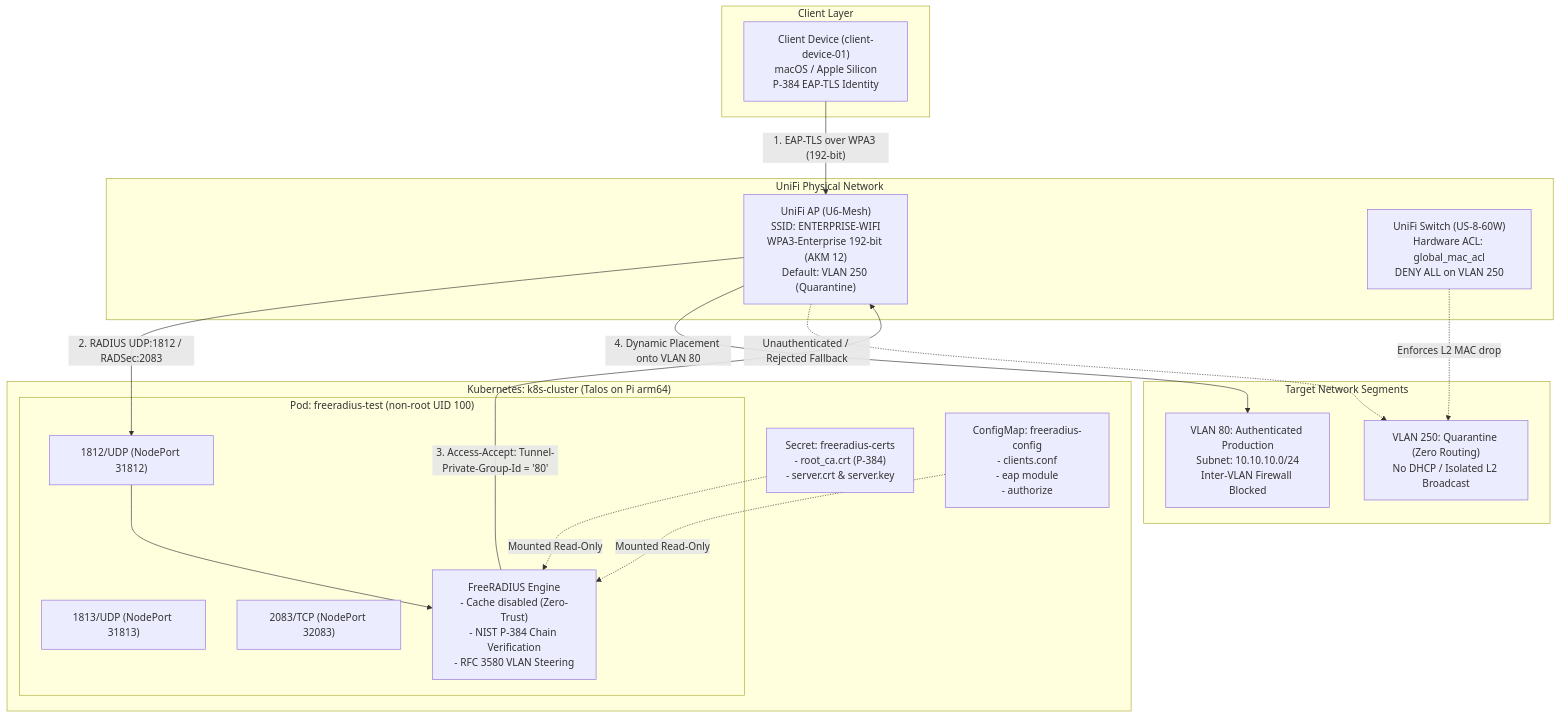
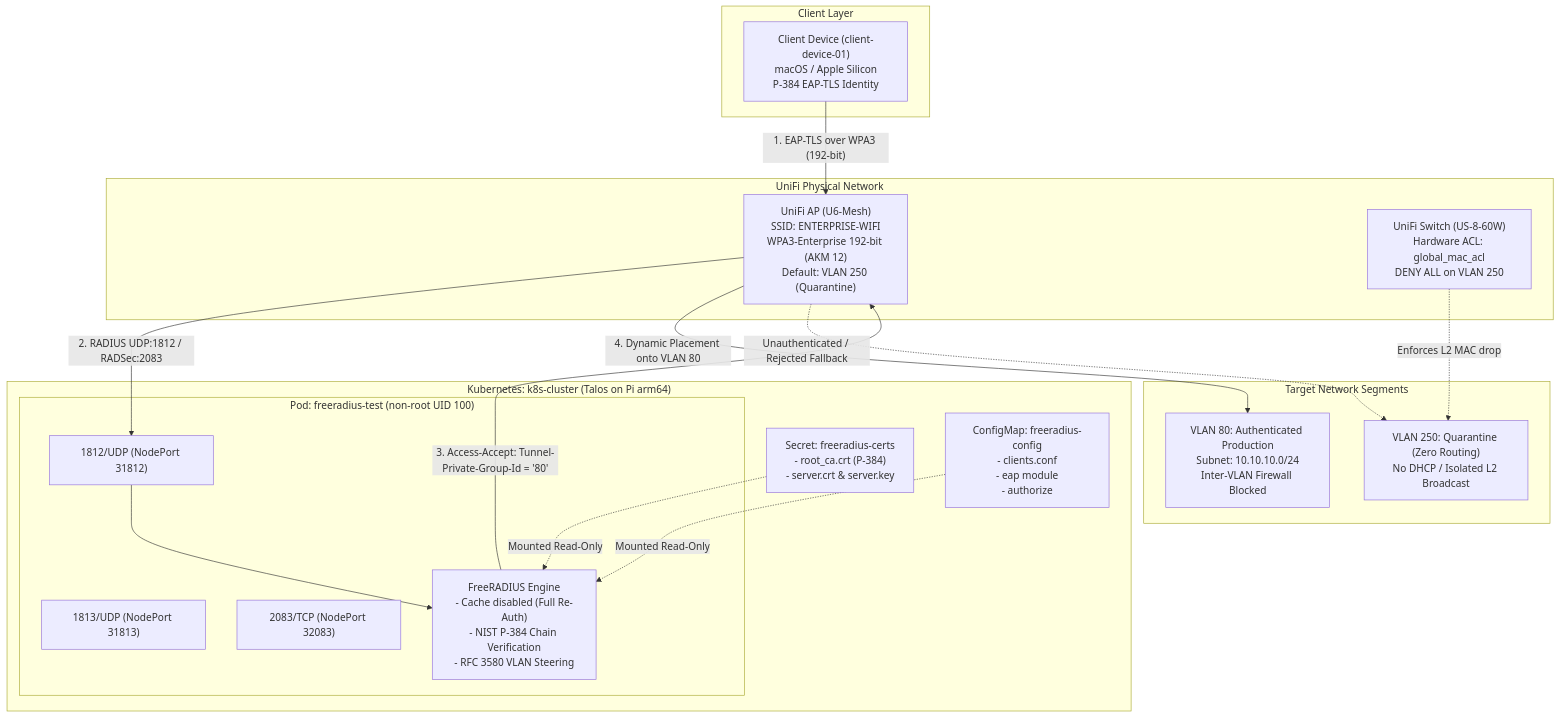
Before and after one commit to andrewnicolalde/homelab-NAC: the diagram in README.md, drawn with Mermaid. The commit also changed other lines of this file and 2 other files, not shown here.

Commit message:
Improve technical accuracy - some ways to go before we can consider this zero-trust

````diff
--- a/README.md
+++ b/README.md
@@ -15,41 +15,41 @@
 ```mermaid
 graph TD
     subgraph Client Layer
         Mac["Client Device (client-device-01)<br/>macOS / Apple Silicon<br/>P-384 EAP-TLS Identity"]
     end
 
     subgraph UniFi Physical Network
         AP["UniFi AP (U6-Mesh)<br/>SSID: ENTERPRISE-WIFI<br/>WPA3-Enterprise 192-bit (AKM 12)<br/>Default: VLAN 250 (Quarantine)"]
         Switch["UniFi Switch (US-8-60W)<br/>Hardware ACL: global_mac_acl<br/>DENY ALL on VLAN 250"]
     end
 
     subgraph "Kubernetes: k8s-cluster (Talos on Pi arm64)"
         subgraph "Pod: freeradius-test (non-root UID 100)"
             RADIUS_AUTH["1812/UDP (NodePort 31812)"]
             RADIUS_ACCT["1813/UDP (NodePort 31813)"]
             RADSEC["2083/TCP (NodePort 32083)"]
             
-            Core["FreeRADIUS Engine<br/>- Cache disabled (Zero-Trust)<br/>- NIST P-384 Chain Verification<br/>- RFC 3580 VLAN Steering"]
+            Core["FreeRADIUS Engine<br/>- Cache disabled (Full Re-Auth)<br/>- NIST P-384 Chain Verification<br/>- RFC 3580 VLAN Steering"]
         end
 
         K8S_SECRET["Secret: freeradius-certs<br/>- root_ca.crt (P-384)<br/>- server.crt & server.key"]
         K8S_CONFIG["ConfigMap: freeradius-config<br/>- clients.conf<br/>- eap module<br/>- authorize"]
     end
 
     subgraph Target Network Segments
         VLAN80["VLAN 80: Authenticated Production<br/>Subnet: 10.10.10.0/24<br/>Inter-VLAN Firewall Blocked"]
         VLAN250["VLAN 250: Quarantine (Zero Routing)<br/>No DHCP / Isolated L2 Broadcast"]
     end
 
     %% Flow
     Mac -->|"1. EAP-TLS over WPA3 (192-bit)"| AP
     AP -->|"2. RADIUS UDP:1812 / RADSec:2083"| RADIUS_AUTH
     RADIUS_AUTH --> Core
     K8S_SECRET -.->|"Mounted Read-Only"| Core
     K8S_CONFIG -.->|"Mounted Read-Only"| Core
     
     Core -->|"3. Access-Accept: Tunnel-Private-Group-Id = '80'"| AP
     AP -->|"4. Dynamic Placement onto VLAN 80"| VLAN80
     AP -.->|"Unauthenticated / Rejected Fallback"| VLAN250
     Switch -.->|"Enforces L2 MAC drop"| VLAN250
 ```
````
